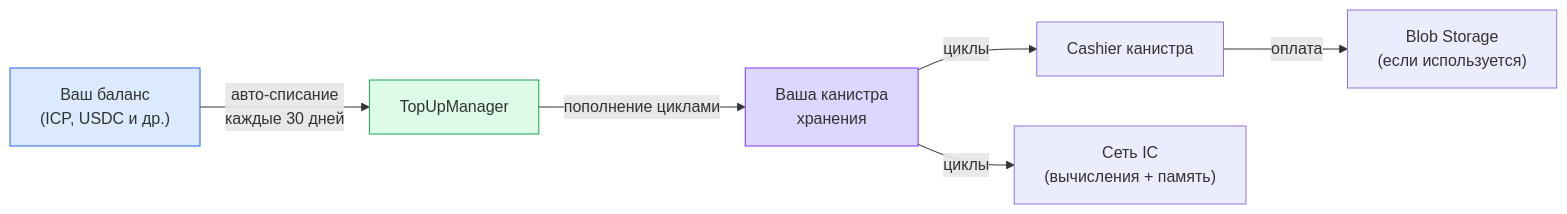
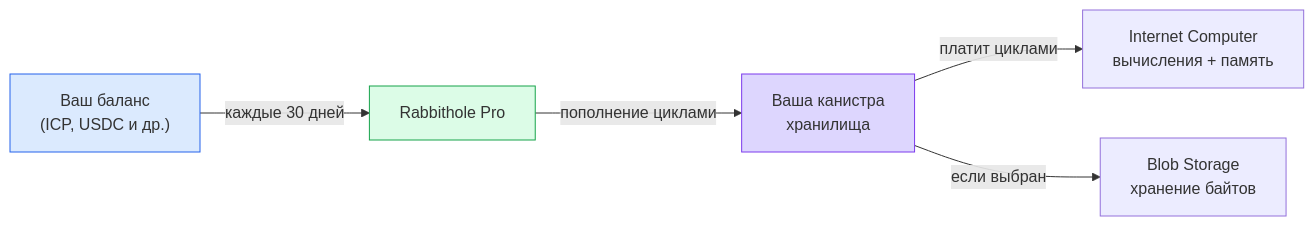
Before and after one commit to rabbithole-app/v2: the first of 2 diagrams in apps/docs/src/ru/how-it-works/payment.md, drawn with Mermaid. The commit also changed other lines of this file and 60 other files, not shown here.

````diff
--- a/apps/docs/src/ru/how-it-works/payment.md
+++ b/apps/docs/src/ru/how-it-works/payment.md
@@ -18,11 +24,10 @@
 ```mermaid
 flowchart LR
-    U["Ваш баланс<br/>(ICP, USDC и др.)"] -->|авто-списание<br/>каждые 30 дней| TM[TopUpManager]
-    TM -->|пополнение циклами| C["Ваша канистра<br/>хранения"]
-    C -->|циклы| CA[Cashier канистра]
-    CA -->|оплата| BS["Blob Storage<br/>(если используется)"]
-    C -->|циклы| IC["Сеть IC<br/>(вычисления + память)"]
+    U["Ваш баланс<br/>(ICP, USDC и др.)"] -->|каждые 30 дней| R[Rabbithole Pro]
+    R -->|пополнение циклами| C["Ваша канистра<br/>хранилища"]
+    C -->|платит циклами| IC["Internet Computer<br/>вычисления + память"]
+    C -->|если выбран| BS["Blob Storage<br/>хранение байтов"]
     style U fill:#dbeafe,stroke:#2563eb
-    style TM fill:#dcfce7,stroke:#16a34a
+    style R fill:#dcfce7,stroke:#16a34a
     style C fill:#ddd6fe,stroke:#7c3aed
 ```
````
